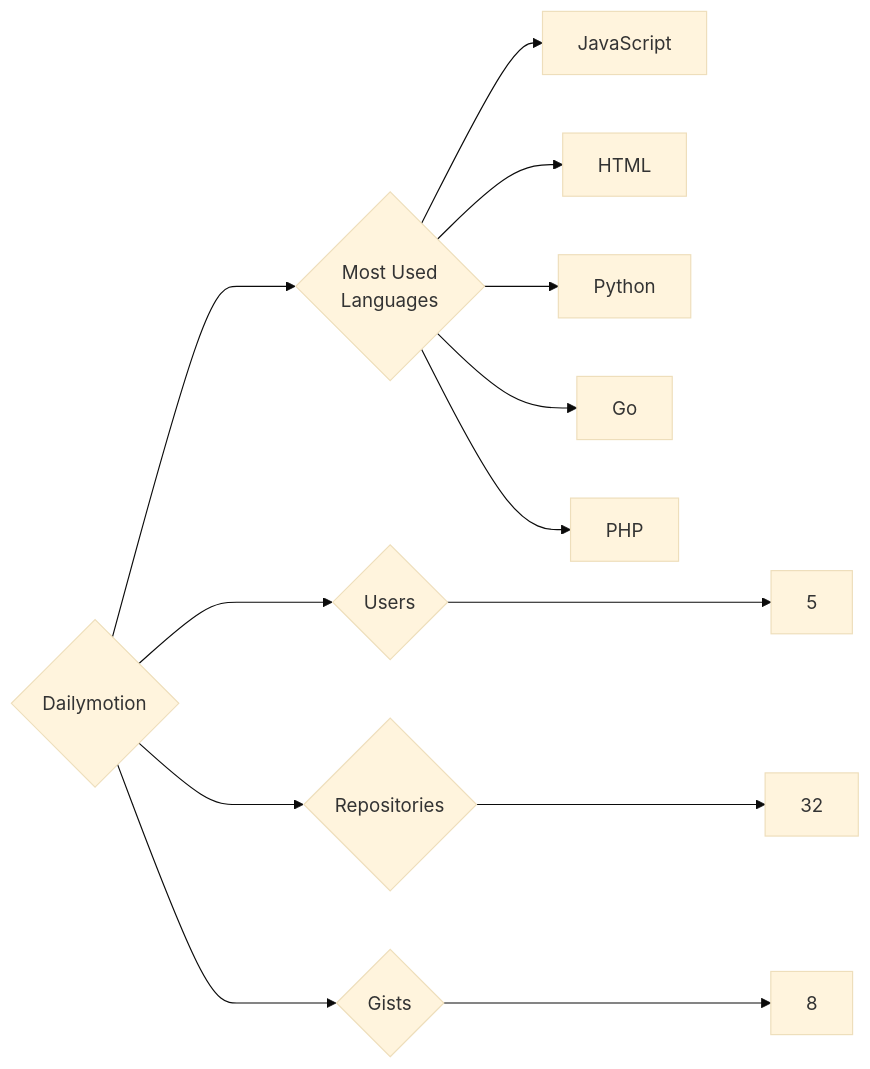
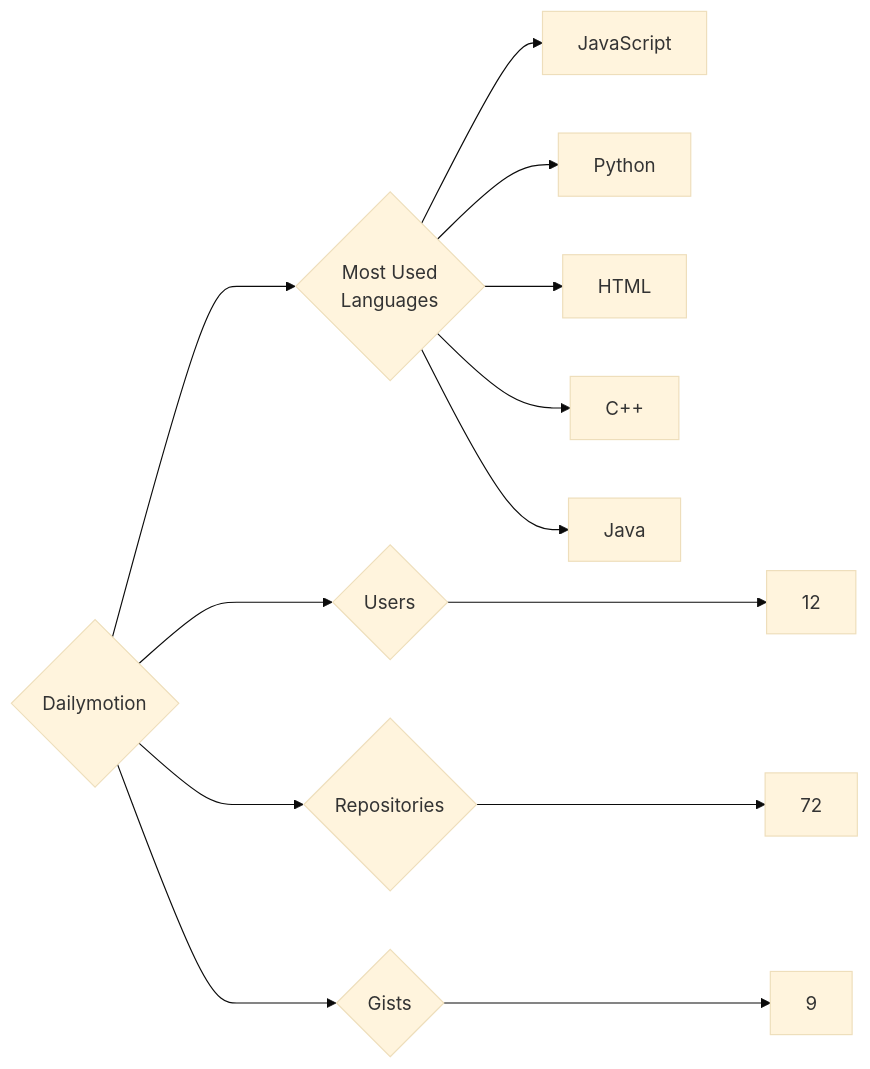
Before and after one commit to trickest/insiders: the diagram in targets/Dailymotion/README.md, drawn with Mermaid (base theme). The commit also changed 809 other files, not shown here.

````diff
--- a/targets/Dailymotion/README.md
+++ b/targets/Dailymotion/README.md
@@ -3,13 +3,13 @@
 ```mermaid
 graph LR
 COMPANY_NAME{Dailymotion}
-COMPANY_NAME ---> U{Users} ---> UN[5]
-COMPANY_NAME ---> R{Repositories} ---> RN[32]
-COMPANY_NAME ---> G{Gists} ---> GN[8]
+COMPANY_NAME ---> U{Users} ---> UN[12]
+COMPANY_NAME ---> R{Repositories} ---> RN[72]
+COMPANY_NAME ---> G{Gists} ---> GN[9]
 COMPANY_NAME ---> ML{Most Used<br>Languages}
 ML --> JavaScript[JavaScript]
+ML --> Python[Python]
 ML --> HTML[HTML]
-ML --> Python[Python]
-ML --> Go[Go]
-ML --> PHP[PHP]
+ML --> C++[C++]
+ML --> Java[Java]
 ```
````
